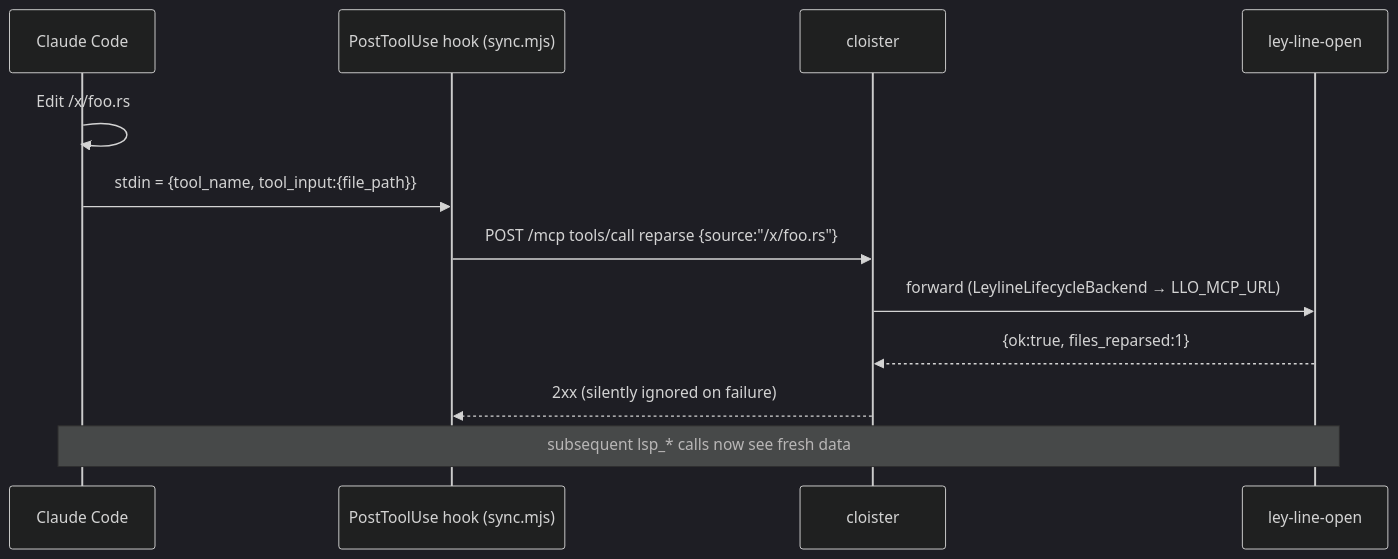
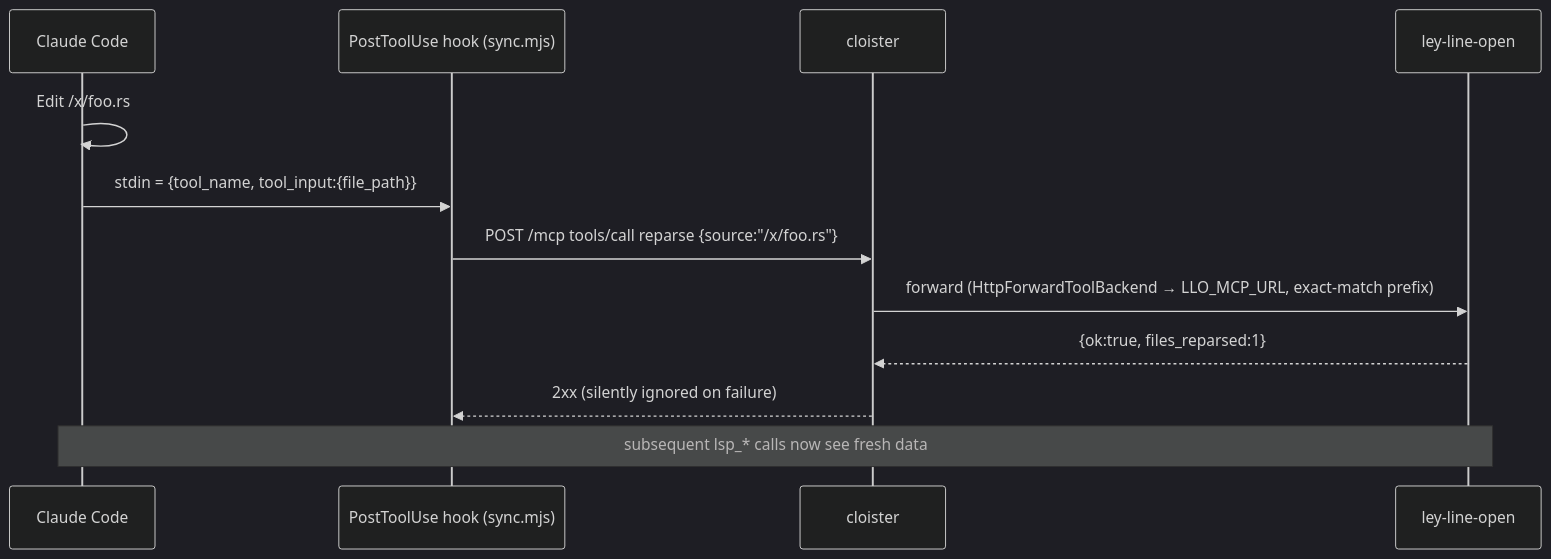
Before and after one commit to agentic-research/cloister: the sixth of 11 diagrams in docs/ARCHITECTURE.md, drawn with Mermaid (dark theme). The commit also changed other lines of this file and 2 other files, not shown here.

First line of the commit message:
docs: leylineNet documentation catch-up + stale-backend cleanup (cloister-5183bc iter 12)

````diff
--- a/docs/ARCHITECTURE.md
+++ b/docs/ARCHITECTURE.md
@@ -135,15 +164,15 @@
 ```mermaid
 sequenceDiagram
     participant CC as Claude Code
     participant H as PostToolUse hook (sync.mjs)
     participant CL as cloister
     participant LLO as ley-line-open
 
     CC->>CC: Edit /x/foo.rs
     CC->>H: stdin = {tool_name, tool_input:{file_path}}
     H->>CL: POST /mcp tools/call reparse {source:"/x/foo.rs"}
-    CL->>LLO: forward (LeylineLifecycleBackend → LLO_MCP_URL)
+    CL->>LLO: forward (HttpForwardToolBackend → LLO_MCP_URL, exact-match prefix)
     LLO-->>CL: {ok:true, files_reparsed:1}
     CL-->>H: 2xx (silently ignored on failure)
     Note over CC,LLO: subsequent lsp_* calls now see fresh data
 ```
````
